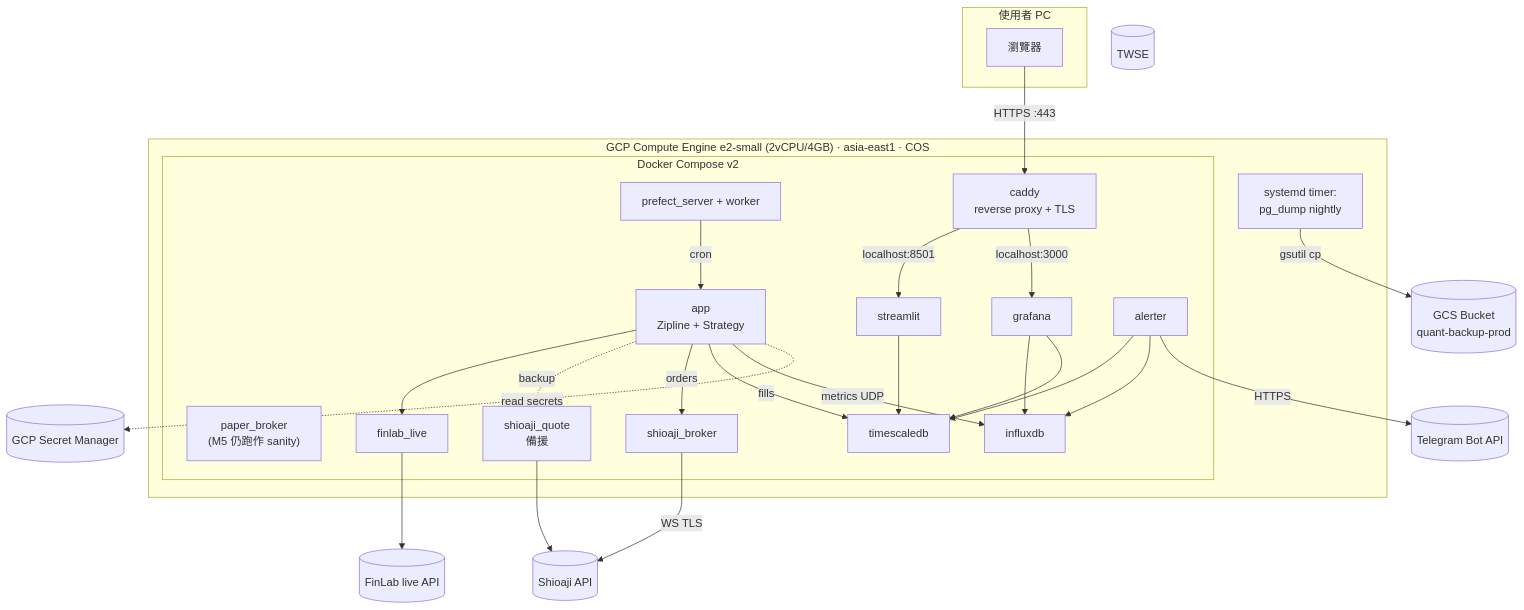
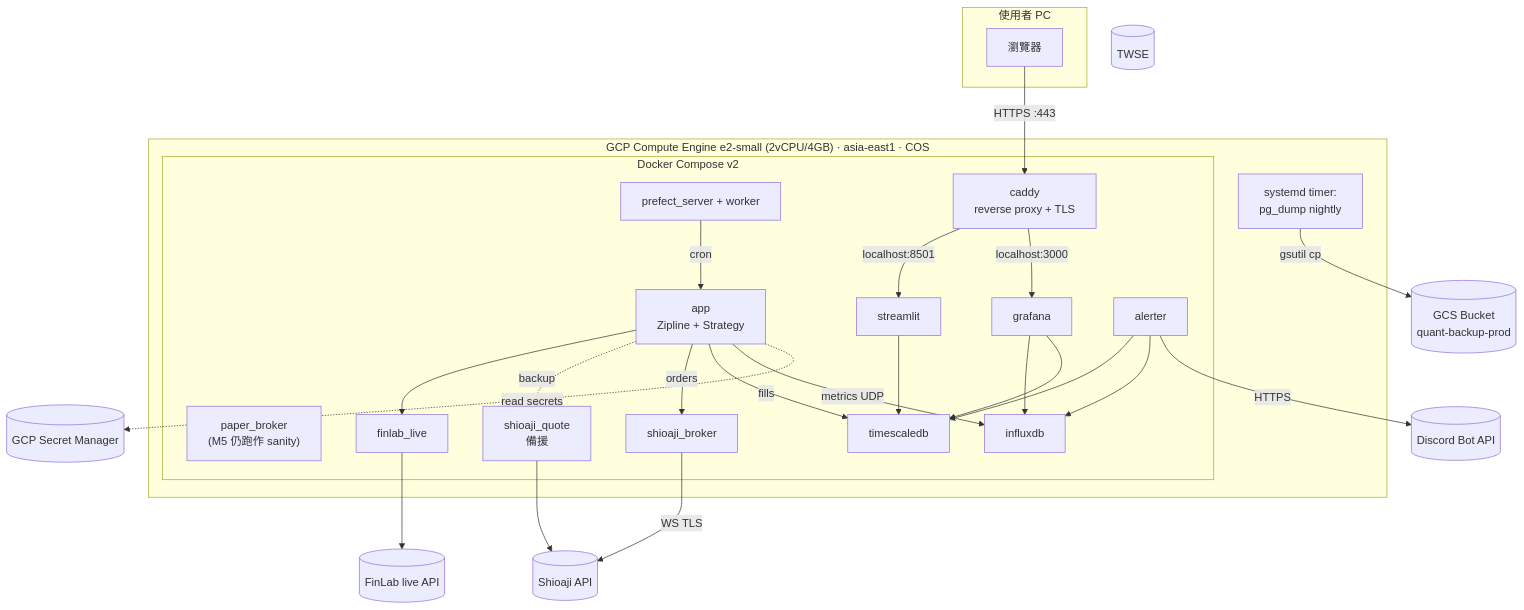
The fourth of 5 diagrams in dev_docs/23_deployment_topology.md (Zenobia000/Quantitative_Trading), drawn with Mermaid before and after one commit. The commit also changed other lines of this file and 12 other files, not shown here.

First line of the commit message:
docs: sweep Telegram → Discord across 13 docs (ADR-010 落地)

````diff
--- a/dev_docs/23_deployment_topology.md
+++ b/dev_docs/23_deployment_topology.md
@@ -209,55 +209,55 @@
 ```mermaid
 flowchart TB
     subgraph gcp["GCP Compute Engine e2-small (2vCPU/4GB) · asia-east1 · COS"]
         subgraph dockerd5["Docker Compose v2"]
             app5["app<br/>Zipline + Strategy"]
             paper5["paper_broker<br/>(M5 仍跑作 sanity)"]
             shio5["shioaji_broker"]
             live_feed5["finlab_live"]
             shio_quote5["shioaji_quote<br/>備援"]
             scheduler5["prefect_server + worker"]
             tsdb5["timescaledb"]
             influx5["influxdb"]
             grafana5["grafana"]
             streamlit5["streamlit"]
             alerter5["alerter"]
             caddy["caddy<br/>reverse proxy + TLS"]
         end
         cron5["systemd timer:<br/>pg_dump nightly"]
     end
 
     subgraph user_pc["使用者 PC"]
         browser["瀏覽器"]
     end
 
     finlab[("FinLab live API")]
     twse[("TWSE")]
     shioaji[("Shioaji API")]
-    telegram[("Telegram Bot API")]
+    discord[("Discord Bot API")]
     gcs[("GCS Bucket<br/>quant-backup-prod")]
     gcp_sm[("GCP Secret Manager")]
 
     browser -->|"HTTPS :443"| caddy
     caddy -->|"localhost:8501"| streamlit5
     caddy -->|"localhost:3000"| grafana5
     streamlit5 --> tsdb5
     grafana5 --> influx5
     grafana5 --> tsdb5
 
     scheduler5 -->|"cron"| app5
     app5 --> live_feed5
     live_feed5 --> finlab
     app5 -.->|"backup"| shio_quote5
     shio_quote5 --> shioaji
     app5 -->|"orders"| shio5
     shio5 -->|"WS TLS"| shioaji
     app5 -->|"fills"| tsdb5
     app5 -->|"metrics UDP"| influx5
 
     alerter5 --> tsdb5
     alerter5 --> influx5
-    alerter5 -->|"HTTPS"| telegram
+    alerter5 -->|"HTTPS"| discord
 
     cron5 -->|"gsutil cp"| gcs
     app5 -.->|"read secrets"| gcp_sm
 ```
````
